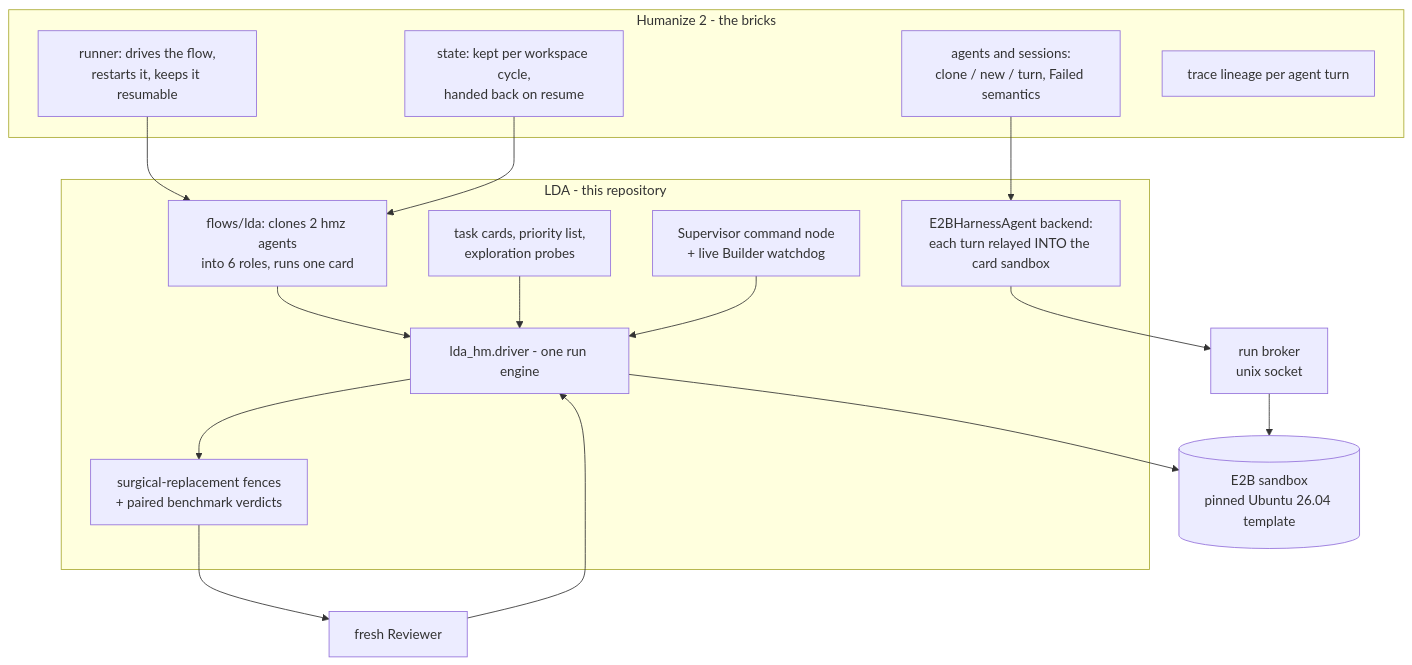
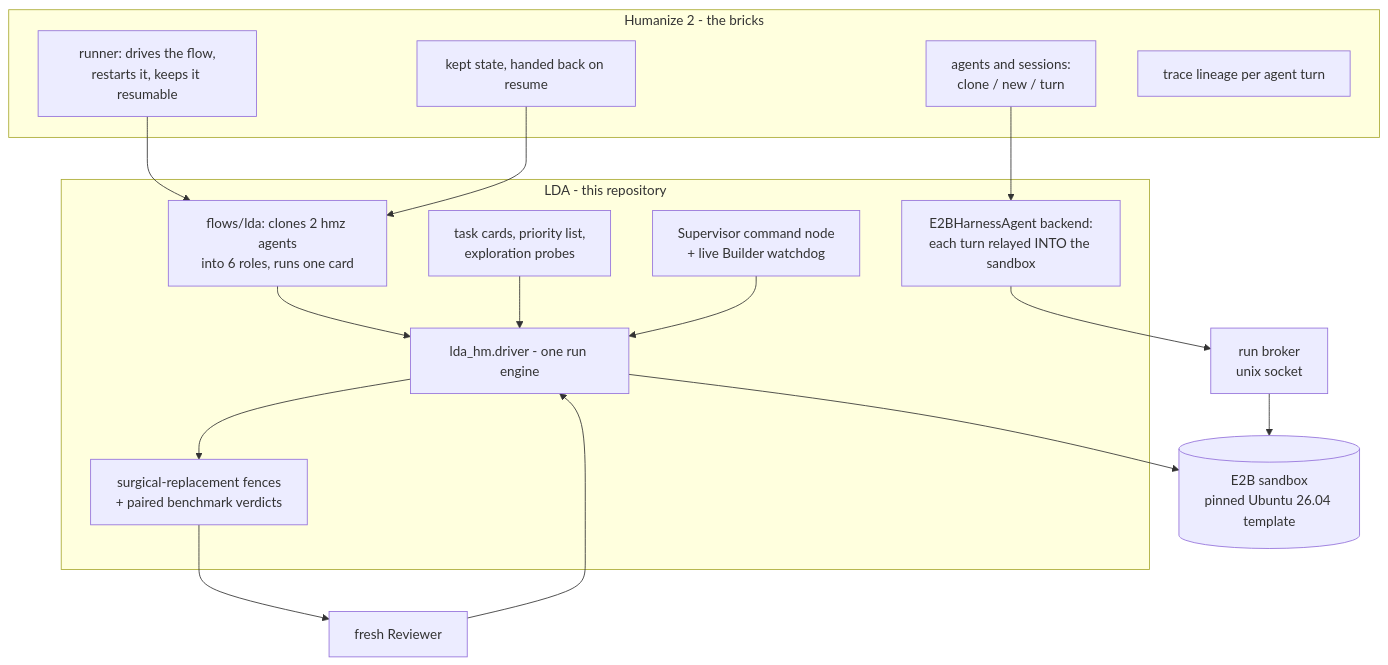
The first of 3 diagrams in README.md (yisun219/LDA-HM-AS), drawn with Mermaid before and after one commit. The commit also changed other lines of this file, not shown here.

First line of the commit message:
readme: a newcomer can install, verify and run the flow from it

````diff
--- a/README.md
+++ b/README.md
@@ -98,29 +122,29 @@
 ```mermaid
 flowchart TD
   subgraph HMZ[Humanize 2 - the bricks]
-    RUN[runner: drives the flow,\nrestarts it, keeps it resumable]
-    AG[agents and sessions:\nclone / new / turn, Failed semantics]
-    ST[state: kept per workspace cycle,\nhanded back on resume]
+    RUN[runner: drives the flow,<br/>restarts it, keeps it resumable]
+    AG[agents and sessions:<br/>clone / new / turn]
+    ST[kept state, handed back on resume]
     TR[trace lineage per agent turn]
   end
   subgraph LDA[LDA - this repository]
-    FLOW[flows/lda: clones 2 hmz agents\ninto 6 roles, runs one card]
-    BK[E2BHarnessAgent backend:\neach turn relayed INTO the card sandbox]
+    FLOW[flows/lda: clones 2 hmz agents<br/>into 6 roles, runs one card]
+    BK[E2BHarnessAgent backend:<br/>each turn relayed INTO the sandbox]
     DRV[lda_hm.driver - one run engine]
-    FEN[surgical-replacement fences\n+ paired benchmark verdicts]
-    SUP[Supervisor command node\n+ live Builder watchdog]
-    CARD[task cards, priority list,\nexploration probes]
+    FEN[surgical-replacement fences<br/>+ paired benchmark verdicts]
+    SUP[Supervisor command node<br/>+ live Builder watchdog]
+    CARD[task cards, priority list,<br/>exploration probes]
   end
   RUN --> FLOW
   AG --> BK
   ST --> FLOW
   FLOW --> DRV
-  BK --> BRK[run broker\nunix socket]
-  BRK --> SBX[(E2B sandbox\npinned Ubuntu 26.04 template)]
+  BK --> BRK[run broker<br/>unix socket]
+  BRK --> SBX[(E2B sandbox<br/>pinned Ubuntu 26.04 template)]
   DRV --> SBX
   CARD --> DRV
   DRV --> FEN
   FEN --> REV[fresh Reviewer]
   REV --> DRV
   SUP --> DRV
 ```
````
